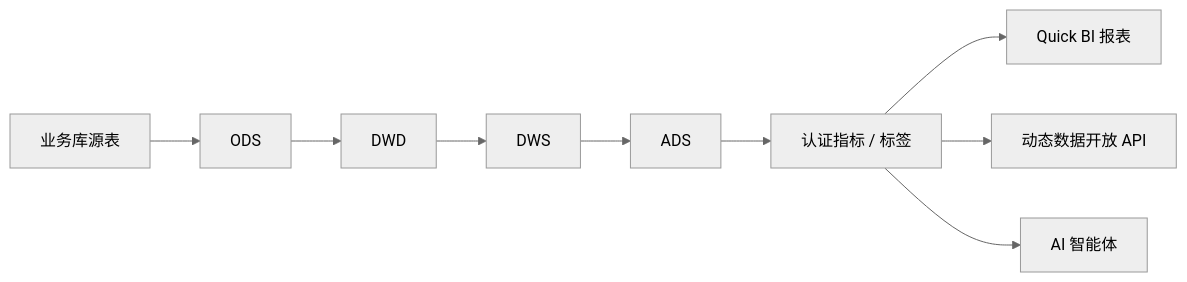
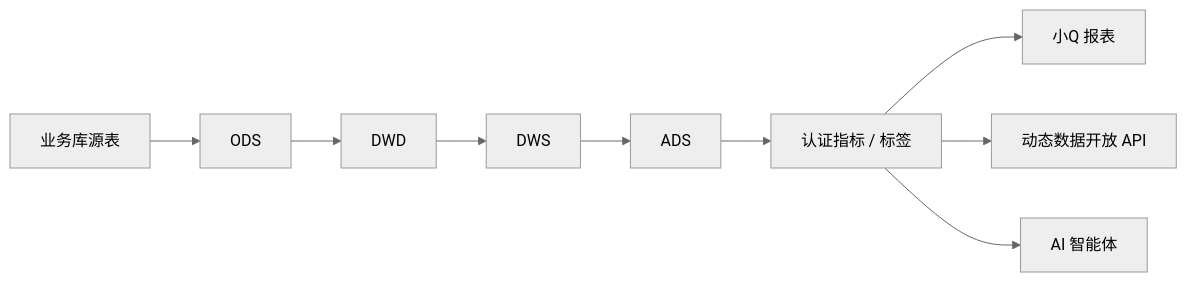
One commit to keanying/relevance changed the fifth of 17 diagrams in AI＋数据平台建设汇报_正文.md. Above: the diagram before and after it, drawn with Mermaid (neutral theme). The commit also changed other lines of this file and 2 other files, not shown here.

````diff
--- a/AI＋数据平台建设汇报_正文.md
+++ b/AI＋数据平台建设汇报_正文.md
@@ -216,7 +216,7 @@
 ```mermaid
 flowchart LR
   S[业务库源表] --> O[ODS] --> D[DWD] --> W[DWS] --> A[ADS] --> I[认证指标 / 标签]
-  I --> R1[Quick BI 报表]
+  I --> R1[小Q 报表]
   I --> R2[动态数据开放 API]
   I --> R3[AI 智能体]
 ```
````
